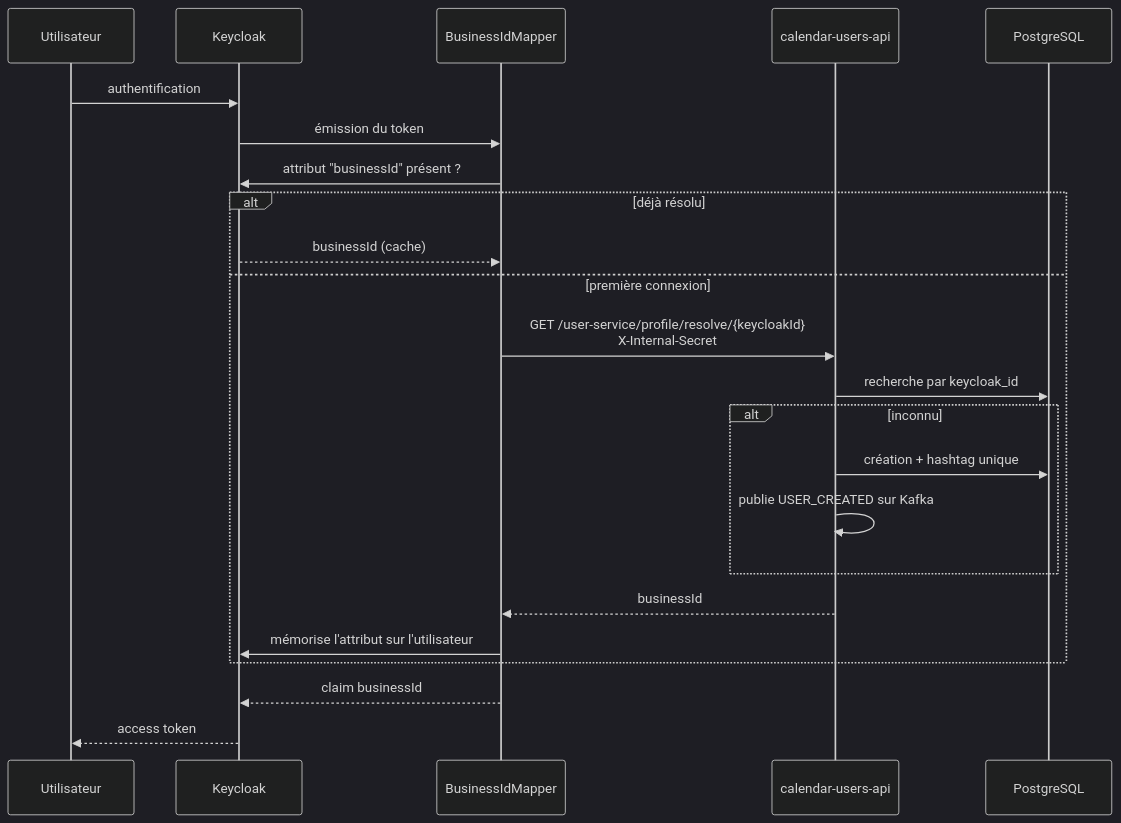
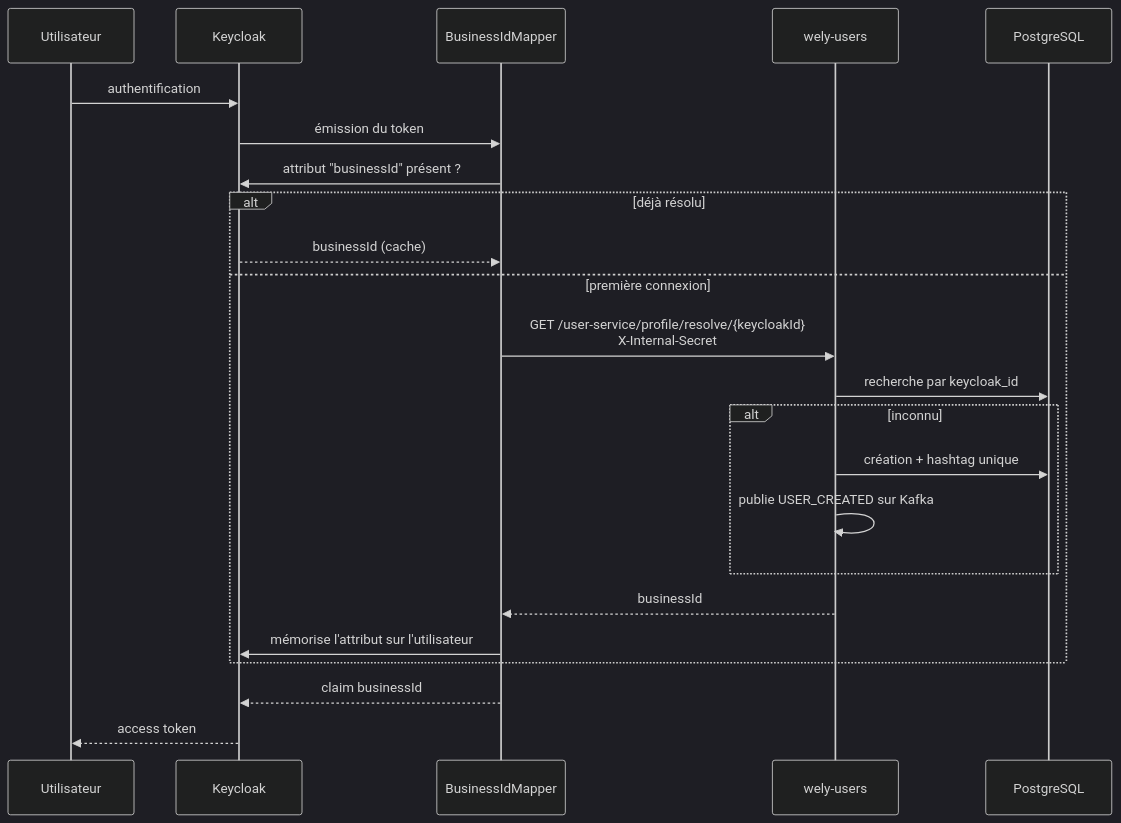
One commit to WelyLabs/wely-identity changed the diagram in README.md. Above: the diagram before and after it, drawn with Mermaid (dark theme). The commit also changed other lines of this file, not shown here.

````diff
--- a/README.md
+++ b/README.md
@@ -25,28 +25,28 @@
 ```mermaid
 sequenceDiagram
     participant U as Utilisateur
     participant KC as Keycloak
     participant M as BusinessIdMapper
-    participant API as calendar-users-api
+    participant API as wely-users
     participant DB as PostgreSQL
 
     U->>KC: authentification
     KC->>M: émission du token
     M->>KC: attribut "businessId" présent ?
 
     alt déjà résolu
         KC-->>M: businessId (cache)
     else première connexion
         M->>API: GET /user-service/profile/resolve/{keycloakId}<br/>X-Internal-Secret
         API->>DB: recherche par keycloak_id
         alt inconnu
             API->>DB: création + hashtag unique
             API->>API: publie USER_CREATED sur Kafka
         end
         API-->>M: businessId
         M->>KC: mémorise l'attribut sur l'utilisateur
     end
 
     M-->>KC: claim businessId
     KC-->>U: access token
 ```
````
